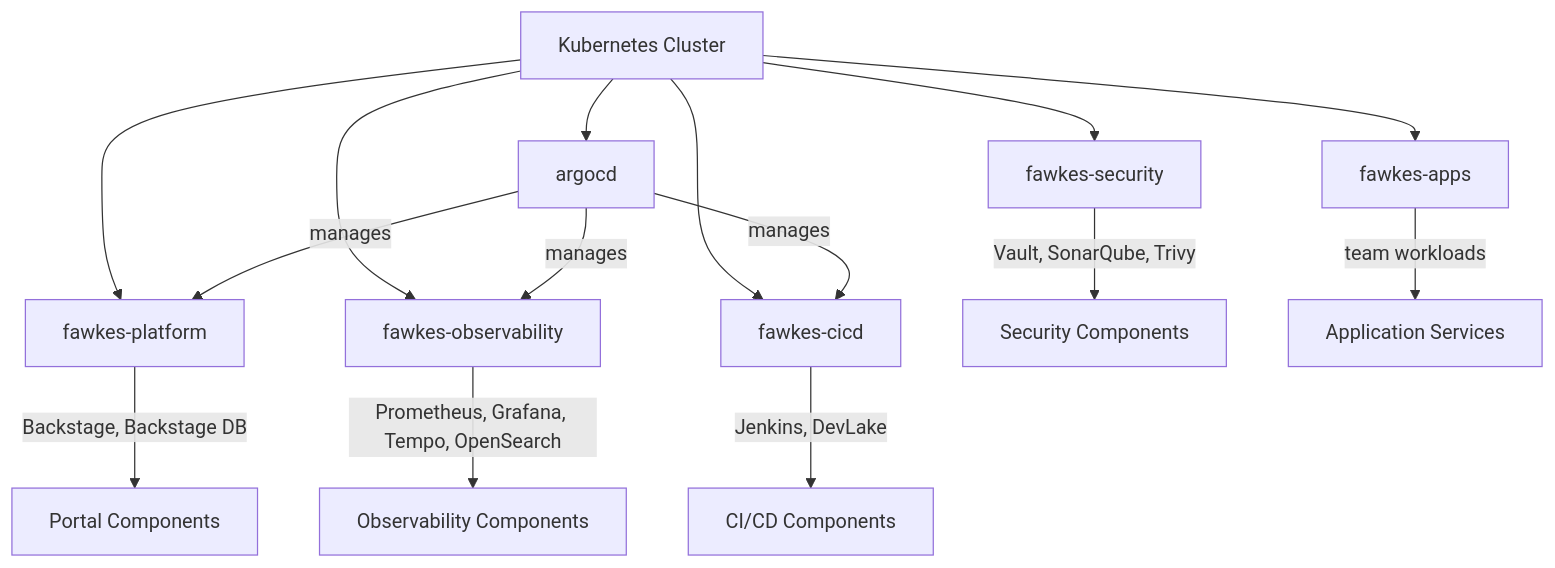
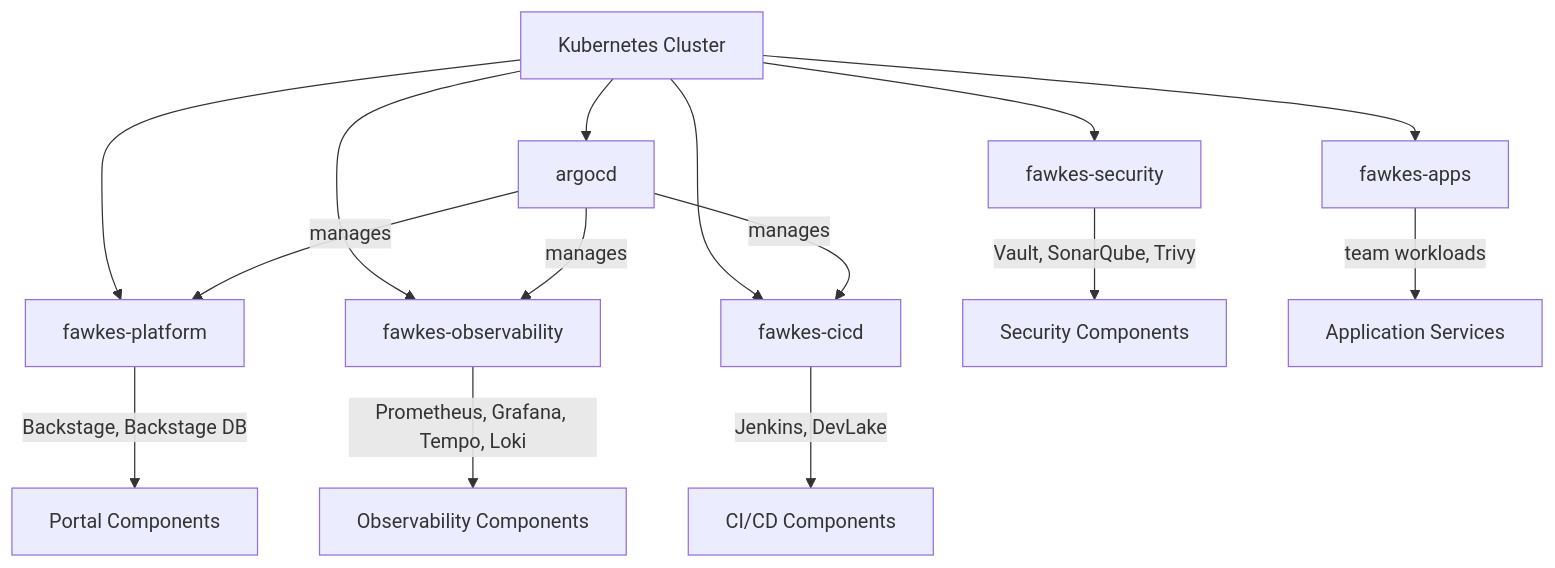
Before and after one commit to paruff/fawkes: the fourth of 4 diagrams in docs/ARCHITECTURE.md, drawn with Mermaid. The commit also changed other lines of this file and 52 other files, not shown here.

First line of the commit message:
feat(observability): migrate log storage from OpenSearch to Loki (#1885)

````diff
--- a/docs/ARCHITECTURE.md
+++ b/docs/ARCHITECTURE.md
@@ -379,21 +377,21 @@
 ```mermaid
 graph TD
     Cluster[Kubernetes Cluster]
 
     Cluster --> NS_Argocd[argocd]
     Cluster --> NS_Platform[fawkes-platform]
     Cluster --> NS_Obs[fawkes-observability]
     Cluster --> NS_CICD[fawkes-cicd]
     Cluster --> NS_Security[fawkes-security]
     Cluster --> NS_Apps[fawkes-apps]
 
     NS_Argocd -->|manages| NS_Platform
     NS_Argocd -->|manages| NS_Obs
     NS_Argocd -->|manages| NS_CICD
 
     NS_Platform -->|Backstage, Backstage DB| PlatComp[Portal Components]
-    NS_Obs -->|Prometheus, Grafana, Tempo, OpenSearch| ObsComp[Observability Components]
+    NS_Obs -->|Prometheus, Grafana, Tempo, Loki| ObsComp[Observability Components]
     NS_CICD -->|Jenkins, DevLake| CICDComp[CI/CD Components]
     NS_Security -->|Vault, SonarQube, Trivy| SecComp[Security Components]
     NS_Apps -->|team workloads| AppComp[Application Services]
 ```
````
